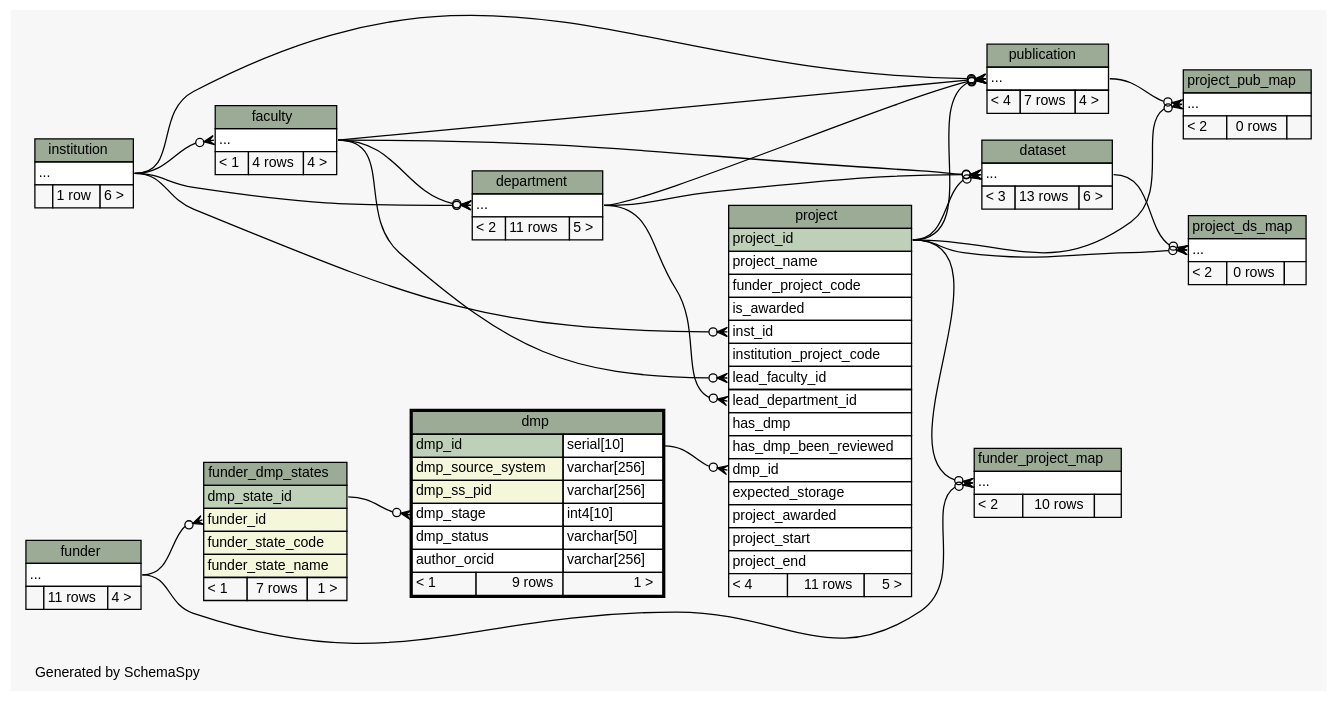
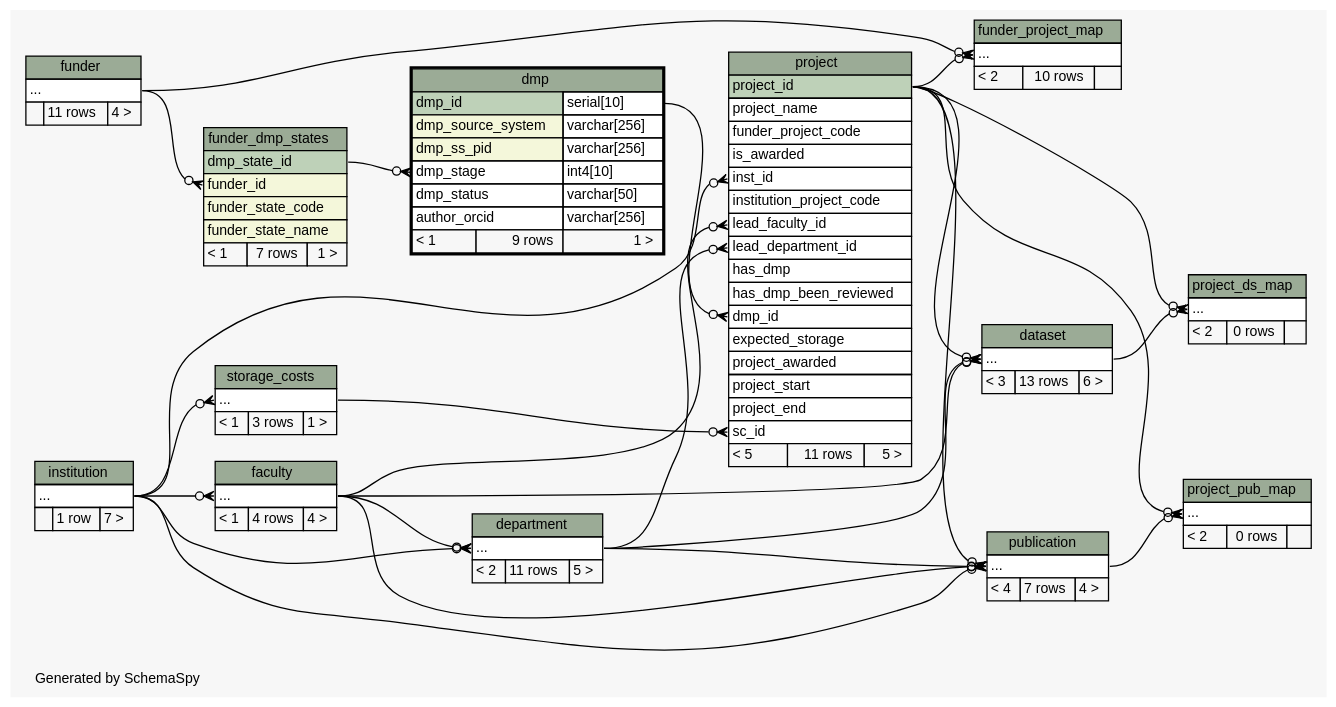
Before and after one commit to lulibrary/dmao_infrastructure: the diagram in ss.out/diagrams/dmp.2degrees.dot, drawn with Graphviz. The commit also changed 109 other files, not shown here.

Commit message:
some tidying up of no longer used stuff in nginx_dmaonline.conf, added a table and view to provide project expected storage costs

```diff
--- a/ss.out/diagrams/dmp.2degrees.dot
+++ b/ss.out/diagrams/dmp.2degrees.dot
@@ -1,186 +1,199 @@
 // dot 2.36.0 on Linux 3.13.0-55-generic
 // SchemaSpy rev 590
 digraph "twoDegreesRelationshipsDiagram" {
   graph [
     rankdir="RL"
     bgcolor="#f7f7f7"
     label="\nGenerated by SchemaSpy"
     labeljust="l"
     nodesep="0.18"
     ranksep="0.46"
     fontname="Helvetica"
     fontsize="11"
   ];
   node [
     fontname="Helvetica"
     fontsize="11"
     shape="plaintext"
   ];
   edge [
     arrowsize="0.8"
   ];
   "dataset":"elipses":w -> "department":"elipses":e [arrowhead=none dir=back arrowtail=crowodot];
   "dataset":"elipses":w -> "faculty":"elipses":e [arrowhead=none dir=back arrowtail=crowodot];
   "dataset":"elipses":w -> "project":"project_id":e [arrowhead=none dir=back arrowtail=crowodot];
   "department":"elipses":w -> "faculty":"elipses":e [arrowhead=none dir=back arrowtail=crowodot];
   "department":"elipses":w -> "institution":"elipses":e [arrowhead=none dir=back arrowtail=crowodot];
   "dmp":"dmp_stage":w -> "funder_dmp_states":"dmp_state_id":e [arrowhead=none dir=back arrowtail=crowodot];
   "faculty":"elipses":w -> "institution":"elipses":e [arrowhead=none dir=back arrowtail=crowodot];
   "funder_dmp_states":"funder_id":w -> "funder":"elipses":e [arrowhead=none dir=back arrowtail=crowodot];
   "funder_project_map":"elipses":w -> "funder":"elipses":e [arrowhead=none dir=back arrowtail=crowodot];
   "funder_project_map":"elipses":w -> "project":"project_id":e [arrowhead=none dir=back arrowtail=crowodot];
   "project":"dmp_id":w -> "dmp":"dmp_id.type":e [arrowhead=none dir=back arrowtail=crowodot];
   "project":"inst_id":w -> "institution":"elipses":e [arrowhead=none dir=back arrowtail=crowodot];
   "project":"lead_department_id":w -> "department":"elipses":e [arrowhead=none dir=back arrowtail=crowodot];
   "project":"lead_faculty_id":w -> "faculty":"elipses":e [arrowhead=none dir=back arrowtail=crowodot];
+  "project":"sc_id":w -> "storage_costs":"elipses":e [arrowhead=none dir=back arrowtail=crowodot];
   "project_ds_map":"elipses":w -> "dataset":"elipses":e [arrowhead=none dir=back arrowtail=crowodot];
   "project_ds_map":"elipses":w -> "project":"project_id":e [arrowhead=none dir=back arrowtail=crowodot];
   "project_pub_map":"elipses":w -> "project":"project_id":e [arrowhead=none dir=back arrowtail=crowodot];
   "project_pub_map":"elipses":w -> "publication":"elipses":e [arrowhead=none dir=back arrowtail=crowodot];
   "publication":"elipses":w -> "department":"elipses":e [arrowhead=none dir=back arrowtail=crowodot];
   "publication":"elipses":w -> "faculty":"elipses":e [arrowhead=none dir=back arrowtail=crowodot];
   "publication":"elipses":w -> "institution":"elipses":e [arrowhead=none dir=back arrowtail=crowodot];
   "publication":"elipses":w -> "project":"project_id":e [arrowhead=none dir=back arrowtail=crowodot];
+  "storage_costs":"elipses":w -> "institution":"elipses":e [arrowhead=none dir=back arrowtail=crowodot];
   "dataset" [
     label=<
     <TABLE BORDER="0" CELLBORDER="1" CELLSPACING="0" BGCOLOR="#ffffff">
       <TR><TD COLSPAN="3" BGCOLOR="#9bab96" ALIGN="CENTER">dataset</TD></TR>
       <TR><TD PORT="elipses" COLSPAN="3" ALIGN="LEFT">...</TD></TR>
       <TR><TD ALIGN="LEFT" BGCOLOR="#f7f7f7">&lt; 3</TD><TD ALIGN="RIGHT" BGCOLOR="#f7f7f7">13 rows</TD><TD ALIGN="RIGHT" BGCOLOR="#f7f7f7">6 &gt;</TD></TR>
     </TABLE>>
     URL="dataset.html"
     tooltip="dataset"
   ];
   "department" [
     label=<
     <TABLE BORDER="0" CELLBORDER="1" CELLSPACING="0" BGCOLOR="#ffffff">
       <TR><TD COLSPAN="3" BGCOLOR="#9bab96" ALIGN="CENTER">department</TD></TR>
       <TR><TD PORT="elipses" COLSPAN="3" ALIGN="LEFT">...</TD></TR>
       <TR><TD ALIGN="LEFT" BGCOLOR="#f7f7f7">&lt; 2</TD><TD ALIGN="RIGHT" BGCOLOR="#f7f7f7">11 rows</TD><TD ALIGN="RIGHT" BGCOLOR="#f7f7f7">5 &gt;</TD></TR>
     </TABLE>>
     URL="department.html"
     tooltip="department"
   ];
   "dmp" [
     label=<
     <TABLE BORDER="2" CELLBORDER="1" CELLSPACING="0" BGCOLOR="#ffffff">
       <TR><TD COLSPAN="3" BGCOLOR="#9bab96" ALIGN="CENTER">dmp</TD></TR>
       <TR><TD PORT="dmp_id" COLSPAN="2" BGCOLOR="#bed1b8" ALIGN="LEFT">dmp_id</TD><TD PORT="dmp_id.type" ALIGN="LEFT">serial[10]</TD></TR>
       <TR><TD PORT="dmp_source_system" COLSPAN="2" BGCOLOR="#f4f7da" ALIGN="LEFT">dmp_source_system</TD><TD PORT="dmp_source_system.type" ALIGN="LEFT">varchar[256]</TD></TR>
       <TR><TD PORT="dmp_ss_pid" COLSPAN="2" BGCOLOR="#f4f7da" ALIGN="LEFT">dmp_ss_pid</TD><TD PORT="dmp_ss_pid.type" ALIGN="LEFT">varchar[256]</TD></TR>
       <TR><TD PORT="dmp_stage" COLSPAN="2" ALIGN="LEFT">dmp_stage</TD><TD PORT="dmp_stage.type" ALIGN="LEFT">int4[10]</TD></TR>
       <TR><TD PORT="dmp_status" COLSPAN="2" ALIGN="LEFT">dmp_status</TD><TD PORT="dmp_status.type" ALIGN="LEFT">varchar[50]</TD></TR>
       <TR><TD PORT="author_orcid" COLSPAN="2" ALIGN="LEFT">author_orcid</TD><TD PORT="author_orcid.type" ALIGN="LEFT">varchar[256]</TD></TR>
       <TR><TD ALIGN="LEFT" BGCOLOR="#f7f7f7">&lt; 1</TD><TD ALIGN="RIGHT" BGCOLOR="#f7f7f7">9 rows</TD><TD ALIGN="RIGHT" BGCOLOR="#f7f7f7">1 &gt;</TD></TR>
     </TABLE>>
     URL="dmp.html"
     tooltip="dmp"
   ];
   "faculty" [
     label=<
     <TABLE BORDER="0" CELLBORDER="1" CELLSPACING="0" BGCOLOR="#ffffff">
       <TR><TD COLSPAN="3" BGCOLOR="#9bab96" ALIGN="CENTER">faculty</TD></TR>
       <TR><TD PORT="elipses" COLSPAN="3" ALIGN="LEFT">...</TD></TR>
       <TR><TD ALIGN="LEFT" BGCOLOR="#f7f7f7">&lt; 1</TD><TD ALIGN="RIGHT" BGCOLOR="#f7f7f7">4 rows</TD><TD ALIGN="RIGHT" BGCOLOR="#f7f7f7">4 &gt;</TD></TR>
     </TABLE>>
     URL="faculty.html"
     tooltip="faculty"
   ];
   "funder" [
     label=<
     <TABLE BORDER="0" CELLBORDER="1" CELLSPACING="0" BGCOLOR="#ffffff">
       <TR><TD COLSPAN="3" BGCOLOR="#9bab96" ALIGN="CENTER">funder</TD></TR>
       <TR><TD PORT="elipses" COLSPAN="3" ALIGN="LEFT">...</TD></TR>
       <TR><TD ALIGN="LEFT" BGCOLOR="#f7f7f7">  </TD><TD ALIGN="RIGHT" BGCOLOR="#f7f7f7">11 rows</TD><TD ALIGN="RIGHT" BGCOLOR="#f7f7f7">4 &gt;</TD></TR>
     </TABLE>>
     URL="funder.html"
     tooltip="funder"
   ];
   "funder_dmp_states" [
     label=<
     <TABLE BORDER="0" CELLBORDER="1" CELLSPACING="0" BGCOLOR="#ffffff">
       <TR><TD COLSPAN="3" BGCOLOR="#9bab96" ALIGN="CENTER">funder_dmp_states</TD></TR>
       <TR><TD PORT="dmp_state_id" COLSPAN="3" BGCOLOR="#bed1b8" ALIGN="LEFT">dmp_state_id</TD></TR>
       <TR><TD PORT="funder_id" COLSPAN="3" BGCOLOR="#f4f7da" ALIGN="LEFT">funder_id</TD></TR>
       <TR><TD PORT="funder_state_code" COLSPAN="3" BGCOLOR="#f4f7da" ALIGN="LEFT">funder_state_code</TD></TR>
       <TR><TD PORT="funder_state_name" COLSPAN="3" BGCOLOR="#f4f7da" ALIGN="LEFT">funder_state_name</TD></TR>
       <TR><TD ALIGN="LEFT" BGCOLOR="#f7f7f7">&lt; 1</TD><TD ALIGN="RIGHT" BGCOLOR="#f7f7f7">7 rows</TD><TD ALIGN="RIGHT" BGCOLOR="#f7f7f7">1 &gt;</TD></TR>
     </TABLE>>
     URL="funder_dmp_states.html"
     tooltip="funder_dmp_states"
   ];
   "funder_project_map" [
     label=<
     <TABLE BORDER="0" CELLBORDER="1" CELLSPACING="0" BGCOLOR="#ffffff">
       <TR><TD COLSPAN="3" BGCOLOR="#9bab96" ALIGN="CENTER">funder_project_map</TD></TR>
       <TR><TD PORT="elipses" COLSPAN="3" ALIGN="LEFT">...</TD></TR>
       <TR><TD ALIGN="LEFT" BGCOLOR="#f7f7f7">&lt; 2</TD><TD ALIGN="RIGHT" BGCOLOR="#f7f7f7">10 rows</TD><TD ALIGN="RIGHT" BGCOLOR="#f7f7f7">  </TD></TR>
     </TABLE>>
     URL="funder_project_map.html"
     tooltip="funder_project_map"
   ];
   "institution" [
     label=<
     <TABLE BORDER="0" CELLBORDER="1" CELLSPACING="0" BGCOLOR="#ffffff">
       <TR><TD COLSPAN="3" BGCOLOR="#9bab96" ALIGN="CENTER">institution</TD></TR>
       <TR><TD PORT="elipses" COLSPAN="3" ALIGN="LEFT">...</TD></TR>
-      <TR><TD ALIGN="LEFT" BGCOLOR="#f7f7f7">  </TD><TD ALIGN="RIGHT" BGCOLOR="#f7f7f7">1 row</TD><TD ALIGN="RIGHT" BGCOLOR="#f7f7f7">6 &gt;</TD></TR>
+      <TR><TD ALIGN="LEFT" BGCOLOR="#f7f7f7">  </TD><TD ALIGN="RIGHT" BGCOLOR="#f7f7f7">1 row</TD><TD ALIGN="RIGHT" BGCOLOR="#f7f7f7">7 &gt;</TD></TR>
     </TABLE>>
     URL="institution.html"
     tooltip="institution"
   ];
   "project" [
     label=<
     <TABLE BORDER="0" CELLBORDER="1" CELLSPACING="0" BGCOLOR="#ffffff">
       <TR><TD COLSPAN="3" BGCOLOR="#9bab96" ALIGN="CENTER">project</TD></TR>
       <TR><TD PORT="project_id" COLSPAN="3" BGCOLOR="#bed1b8" ALIGN="LEFT">project_id</TD></TR>
       <TR><TD PORT="project_name" COLSPAN="3" ALIGN="LEFT">project_name</TD></TR>
       <TR><TD PORT="funder_project_code" COLSPAN="3" ALIGN="LEFT">funder_project_code</TD></TR>
       <TR><TD PORT="is_awarded" COLSPAN="3" ALIGN="LEFT">is_awarded</TD></TR>
       <TR><TD PORT="inst_id" COLSPAN="3" ALIGN="LEFT">inst_id</TD></TR>
       <TR><TD PORT="institution_project_code" COLSPAN="3" ALIGN="LEFT">institution_project_code</TD></TR>
       <TR><TD PORT="lead_faculty_id" COLSPAN="3" ALIGN="LEFT">lead_faculty_id</TD></TR>
       <TR><TD PORT="lead_department_id" COLSPAN="3" ALIGN="LEFT">lead_department_id</TD></TR>
       <TR><TD PORT="has_dmp" COLSPAN="3" ALIGN="LEFT">has_dmp</TD></TR>
       <TR><TD PORT="has_dmp_been_reviewed" COLSPAN="3" ALIGN="LEFT">has_dmp_been_reviewed</TD></TR>
       <TR><TD PORT="dmp_id" COLSPAN="3" ALIGN="LEFT">dmp_id</TD></TR>
       <TR><TD PORT="expected_storage" COLSPAN="3" ALIGN="LEFT">expected_storage</TD></TR>
       <TR><TD PORT="project_awarded" COLSPAN="3" ALIGN="LEFT">project_awarded</TD></TR>
       <TR><TD PORT="project_start" COLSPAN="3" ALIGN="LEFT">project_start</TD></TR>
       <TR><TD PORT="project_end" COLSPAN="3" ALIGN="LEFT">project_end</TD></TR>
-      <TR><TD ALIGN="LEFT" BGCOLOR="#f7f7f7">&lt; 4</TD><TD ALIGN="RIGHT" BGCOLOR="#f7f7f7">11 rows</TD><TD ALIGN="RIGHT" BGCOLOR="#f7f7f7">5 &gt;</TD></TR>
+      <TR><TD PORT="sc_id" COLSPAN="3" ALIGN="LEFT">sc_id</TD></TR>
+      <TR><TD ALIGN="LEFT" BGCOLOR="#f7f7f7">&lt; 5</TD><TD ALIGN="RIGHT" BGCOLOR="#f7f7f7">11 rows</TD><TD ALIGN="RIGHT" BGCOLOR="#f7f7f7">5 &gt;</TD></TR>
     </TABLE>>
     URL="project.html"
     tooltip="project"
   ];
   "project_ds_map" [
     label=<
     <TABLE BORDER="0" CELLBORDER="1" CELLSPACING="0" BGCOLOR="#ffffff">
       <TR><TD COLSPAN="3" BGCOLOR="#9bab96" ALIGN="CENTER">project_ds_map</TD></TR>
       <TR><TD PORT="elipses" COLSPAN="3" ALIGN="LEFT">...</TD></TR>
       <TR><TD ALIGN="LEFT" BGCOLOR="#f7f7f7">&lt; 2</TD><TD ALIGN="RIGHT" BGCOLOR="#f7f7f7">0 rows</TD><TD ALIGN="RIGHT" BGCOLOR="#f7f7f7">  </TD></TR>
     </TABLE>>
     URL="project_ds_map.html"
     tooltip="project_ds_map"
   ];
   "project_pub_map" [
     label=<
     <TABLE BORDER="0" CELLBORDER="1" CELLSPACING="0" BGCOLOR="#ffffff">
       <TR><TD COLSPAN="3" BGCOLOR="#9bab96" ALIGN="CENTER">project_pub_map</TD></TR>
       <TR><TD PORT="elipses" COLSPAN="3" ALIGN="LEFT">...</TD></TR>
       <TR><TD ALIGN="LEFT" BGCOLOR="#f7f7f7">&lt; 2</TD><TD ALIGN="RIGHT" BGCOLOR="#f7f7f7">0 rows</TD><TD ALIGN="RIGHT" BGCOLOR="#f7f7f7">  </TD></TR>
     </TABLE>>
     URL="project_pub_map.html"
     tooltip="project_pub_map"
   ];
   "publication" [
     label=<
     <TABLE BORDER="0" CELLBORDER="1" CELLSPACING="0" BGCOLOR="#ffffff">
       <TR><TD COLSPAN="3" BGCOLOR="#9bab96" ALIGN="CENTER">publication</TD></TR>
       <TR><TD PORT="elipses" COLSPAN="3" ALIGN="LEFT">...</TD></TR>
       <TR><TD ALIGN="LEFT" BGCOLOR="#f7f7f7">&lt; 4</TD><TD ALIGN="RIGHT" BGCOLOR="#f7f7f7">7 rows</TD><TD ALIGN="RIGHT" BGCOLOR="#f7f7f7">4 &gt;</TD></TR>
     </TABLE>>
     URL="publication.html"
     tooltip="publication"
   ];
+  "storage_costs" [
+    label=<
+    <TABLE BORDER="0" CELLBORDER="1" CELLSPACING="0" BGCOLOR="#ffffff">
+      <TR><TD COLSPAN="3" BGCOLOR="#9bab96" ALIGN="CENTER">storage_costs</TD></TR>
+      <TR><TD PORT="elipses" COLSPAN="3" ALIGN="LEFT">...</TD></TR>
+      <TR><TD ALIGN="LEFT" BGCOLOR="#f7f7f7">&lt; 1</TD><TD ALIGN="RIGHT" BGCOLOR="#f7f7f7">3 rows</TD><TD ALIGN="RIGHT" BGCOLOR="#f7f7f7">1 &gt;</TD></TR>
+    </TABLE>>
+    URL="storage_costs.html"
+    tooltip="storage_costs"
+  ];
 }
```
